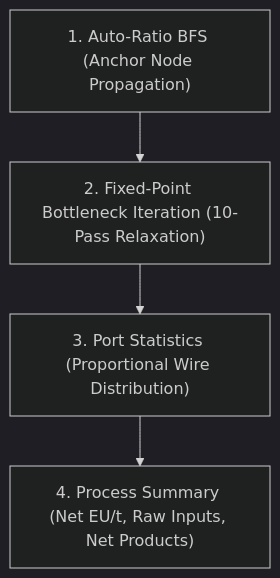
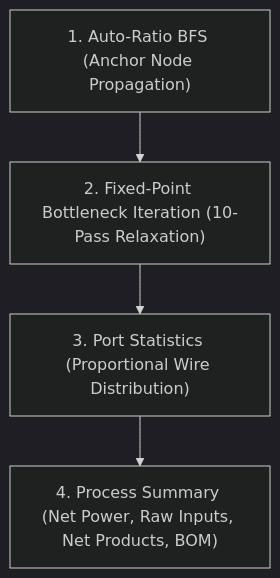
The second of 3 diagrams in docs/ARCHITECTURE.md (Amvermain/GregTechCalculatorBoard), drawn with Mermaid (dark theme) before and after one commit. The commit also changed other lines of this file and 132 other files, not shown here.

````diff
--- a/docs/ARCHITECTURE.md
+++ b/docs/ARCHITECTURE.md
@@ -141,6 +108,6 @@
 ```mermaid
 flowchart TD
     A["1. Auto-Ratio BFS (Anchor Node Propagation)"] --> B["2. Fixed-Point Bottleneck Iteration (10-Pass Relaxation)"]
     B --> C["3. Port Statistics (Proportional Wire Distribution)"]
-    C --> D["4. Process Summary (Net EU/t, Raw Inputs, Net Products)"]
+    C --> D["4. Process Summary (Net Power, Raw Inputs, Net Products, BOM)"]
 ```
````
